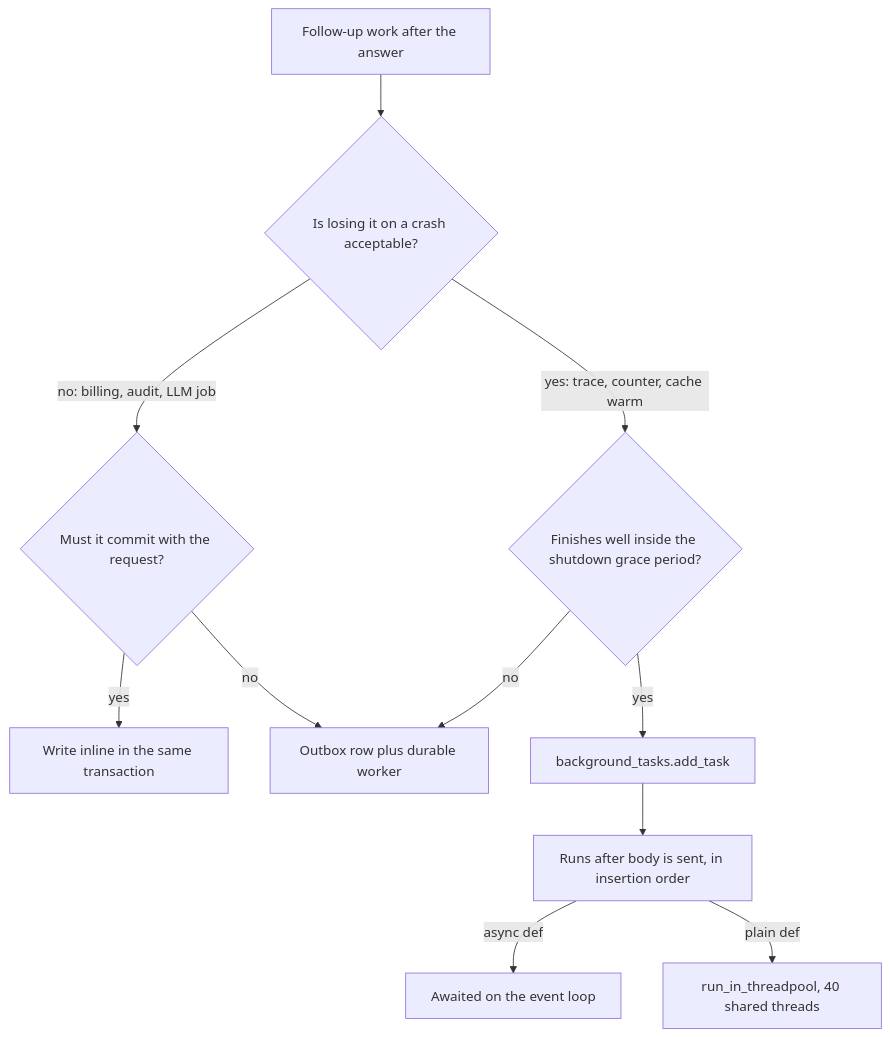
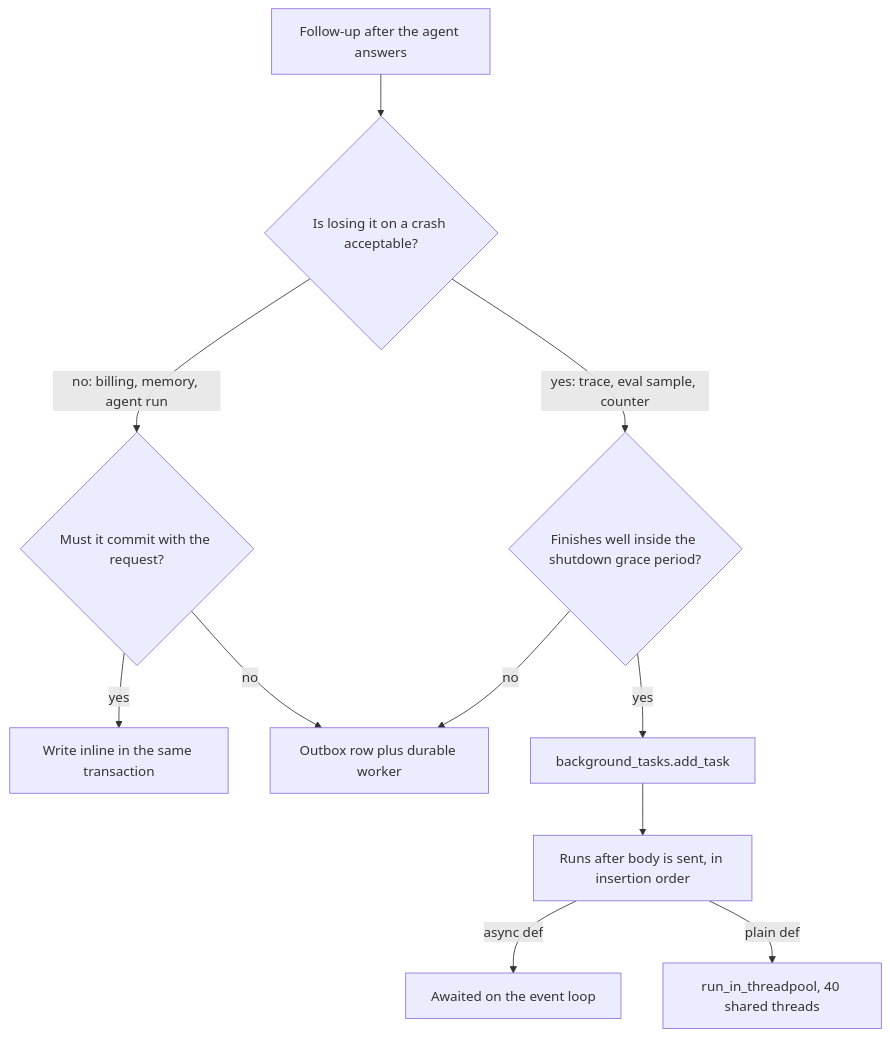
Before and after one commit to lovishmahajan97/agentic-learning: the diagram in content/fastapi-for-ai/backgroundtasks.md, drawn with Mermaid. The commit also changed other lines of this file and 266 other files, not shown here.

````diff
--- a/content/fastapi-for-ai/backgroundtasks.md
+++ b/content/fastapi-for-ai/backgroundtasks.md
@@ -106,13 +129,13 @@
 ```mermaid
 flowchart TD
-    W["Follow-up work after the answer"] --> Q1{"Is losing it on a crash acceptable?"}
-    Q1 -->|"no: billing, audit, LLM job"| Q2{"Must it commit with the request?"}
+    W["Follow-up after the agent answers"] --> Q1{"Is losing it on a crash acceptable?"}
+    Q1 -->|"no: billing, memory, agent run"| Q2{"Must it commit with the request?"}
     Q2 -->|"yes"| TX["Write inline in the same transaction"]
     Q2 -->|"no"| OB["Outbox row plus durable worker"]
-    Q1 -->|"yes: trace, counter, cache warm"| Q3{"Finishes well inside the shutdown grace period?"}
+    Q1 -->|"yes: trace, eval sample, counter"| Q3{"Finishes well inside the shutdown grace period?"}
     Q3 -->|"no"| OB
     Q3 -->|"yes"| BT["background_tasks.add_task"]
     BT --> R["Runs after body is sent, in insertion order"]
     R -->|"async def"| L["Awaited on the event loop"]
     R -->|"plain def"| TP["run_in_threadpool, 40 shared threads"]
 ```
````
